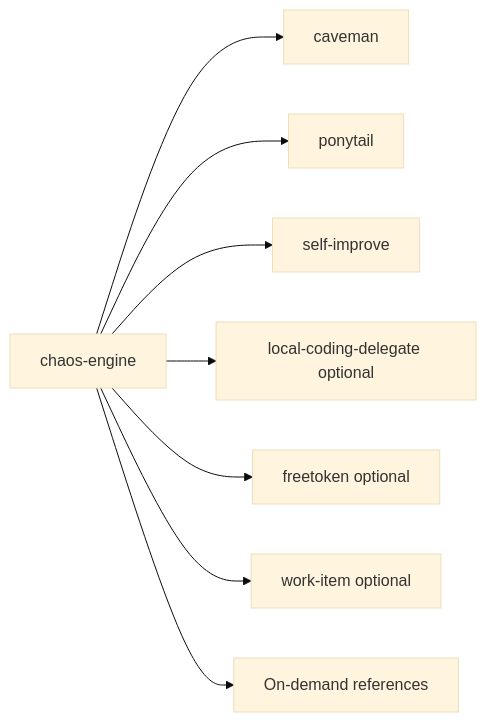
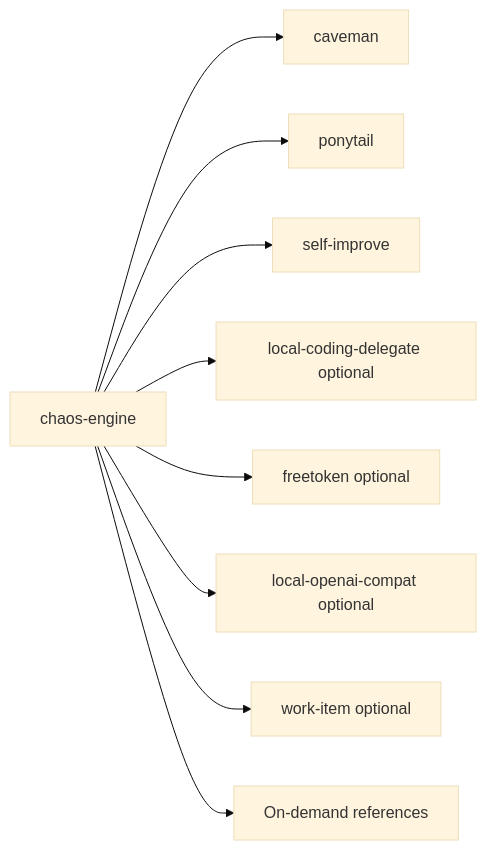
One commit to ShaftHQ/SHAFT_ENGINE changed the fifth of 13 diagrams in chaos-engine/README.md. Above: the diagram before and after it, drawn with Mermaid (base theme). The commit also changed other lines of this file and 10 other files, not shown here.

First line of the commit message:
feat(chaos-engine): local OpenAI-compat skill for Ollama/LM Studio/llama.cpp

````diff
--- a/chaos-engine/README.md
+++ b/chaos-engine/README.md
@@ -532,12 +545,13 @@
 ```mermaid
 flowchart LR
     accTitle: Skill topology
     accDescr: The canonical skill routes optional work skills and two pinned companions without duplicating policy.
     CE[chaos-engine] --> Caveman[caveman]
     CE --> Ponytail[ponytail]
     CE --> SelfImprove[self-improve]
     CE --> Delegate[local-coding-delegate optional]
     CE --> FreeToken[freetoken optional]
+    CE --> LocalOpenAI[local-openai-compat optional]
     CE --> WorkItem[work-item optional]
     CE --> Refs[On-demand references]
 ```
````
